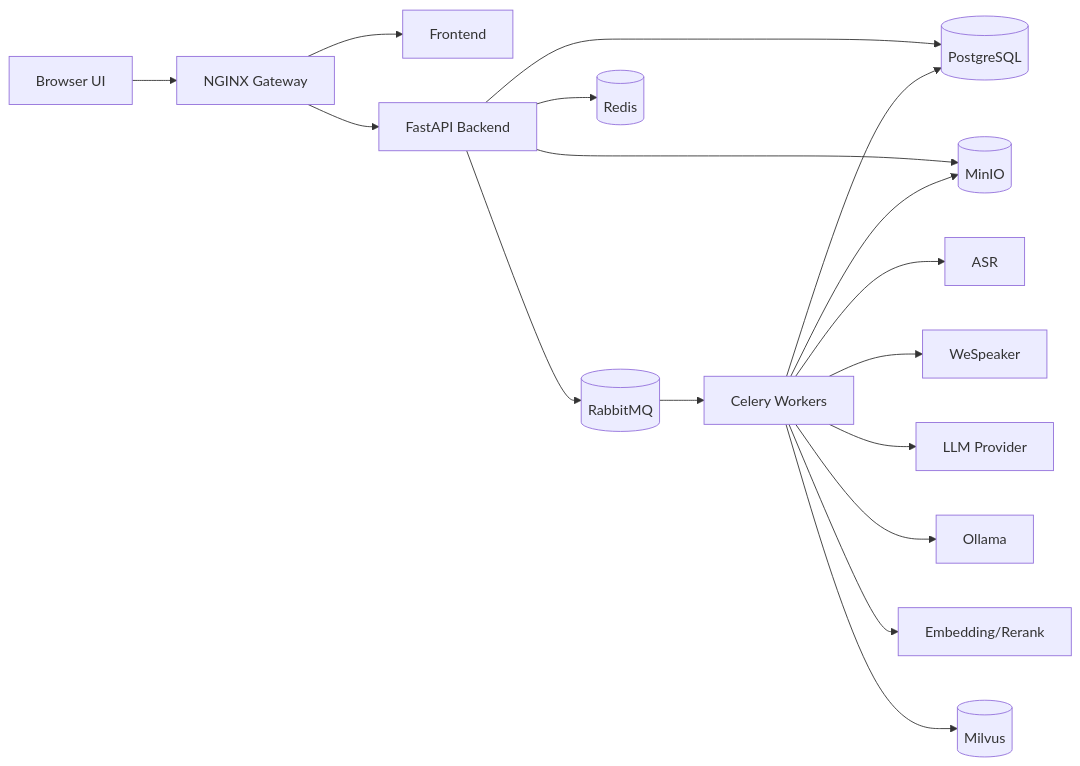
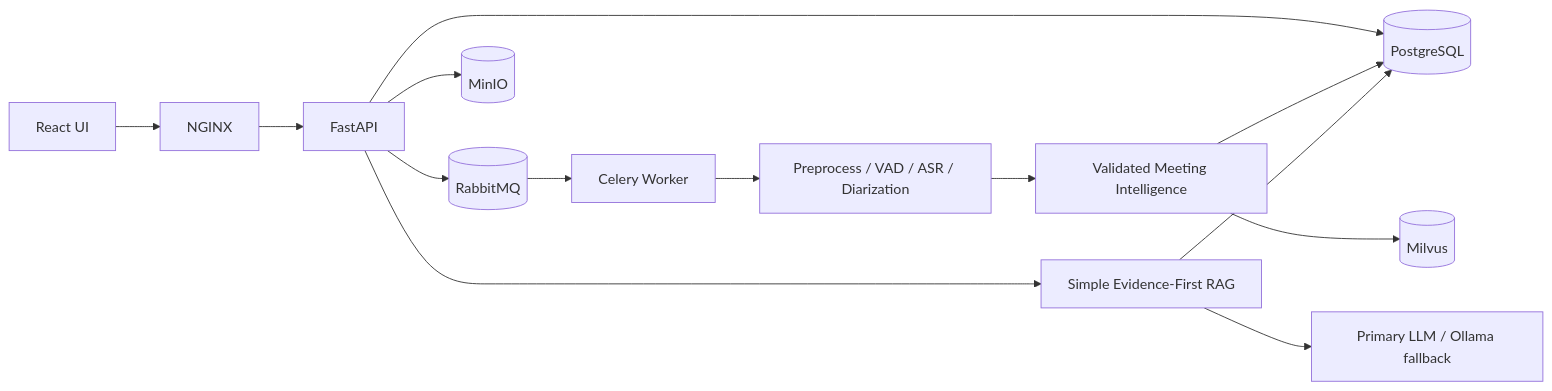
The diagram in README.md (PhuongHo03/omnicall), drawn with Mermaid before and after one commit. The commit also changed other lines of this file and 207 other files, not shown here.

Commit message:
change to simple rag

````diff
--- a/README.md
+++ b/README.md
@@ -37,19 +35,16 @@
 ```mermaid
 flowchart LR
-    Browser[Browser UI] --> Gateway[NGINX Gateway]
-    Gateway --> Frontend[Frontend]
-    Gateway --> Backend[FastAPI Backend]
-    Backend --> Postgres[(PostgreSQL)]
-    Backend --> MinIO[(MinIO)]
-    Backend --> RabbitMQ[(RabbitMQ)]
-    Backend --> Redis[(Redis)]
-    RabbitMQ --> Worker[Celery Workers]
-    Worker --> ASR[ASR]
-    Worker --> Speaker[WeSpeaker]
-    Worker --> LLM[LLM Provider]
-    Worker --> Ollama[Ollama]
-    Worker --> Embed[Embedding/Rerank]
-    Worker --> Milvus[(Milvus)]
-    Worker --> Postgres
-    Worker --> MinIO
+    UI[React UI] --> GW[NGINX]
+    GW --> API[FastAPI]
+    API --> PG[(PostgreSQL)]
+    API --> MQ[(RabbitMQ)]
+    API --> S3[(MinIO)]
+    MQ --> W[Celery Worker]
+    W --> Audio[Preprocess / VAD / ASR / Diarization]
+    Audio --> Intel[Validated Meeting Intelligence]
+    Intel --> PG
+    Intel --> Vec[(Milvus)]
+    API --> Chat[Simple Evidence-First RAG]
+    Chat --> PG
+    Chat --> LLM[Primary LLM / Ollama fallback]
 ```
````
